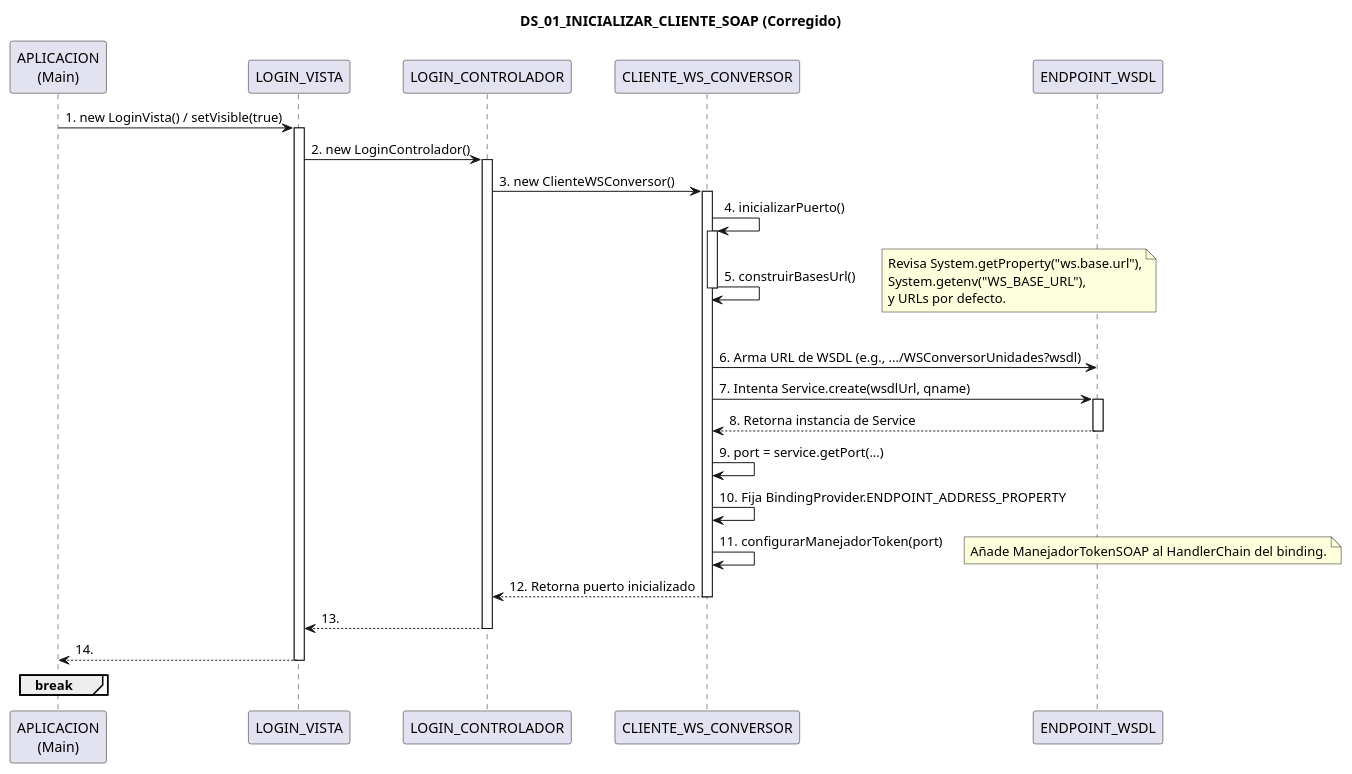
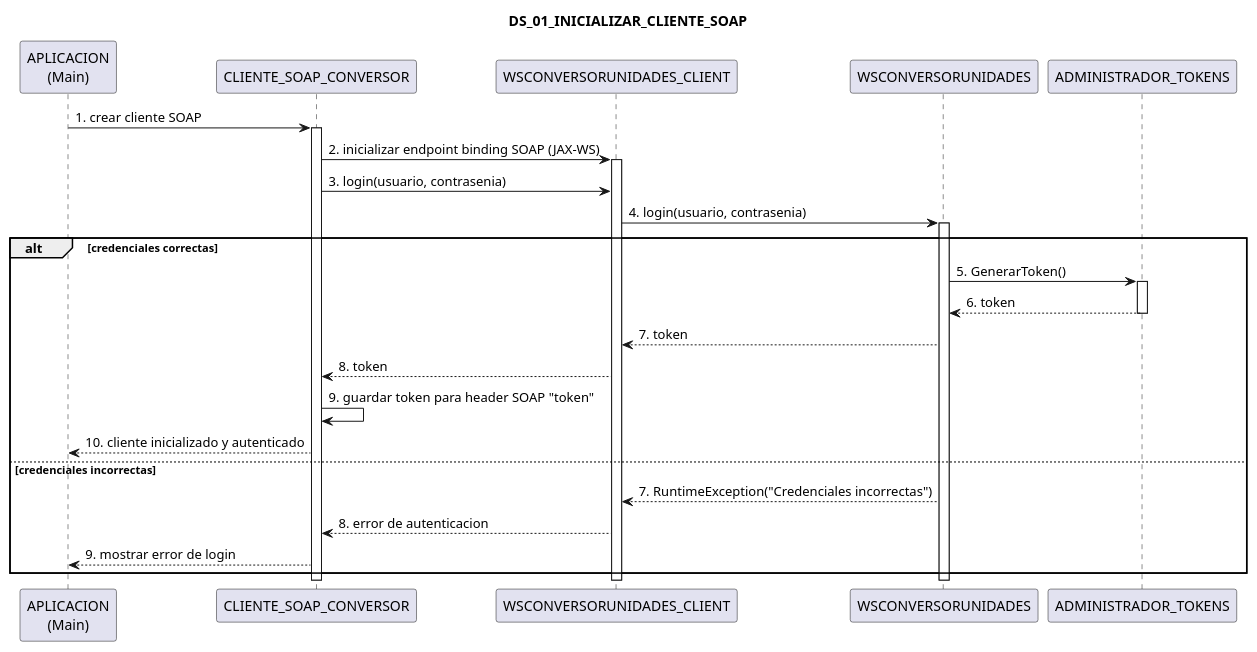
The diagram in 01. UML/03. DIAGRAMAS/03. SECUENCIA/DS_01_INICIALIZAR_CLIENTE_SOAP.puml (RubenBenavidess/WS_ConUni_Java_SOAP_GR5), drawn with PlantUML before and after one commit. The commit also changed other lines of this file and 20 other files, not shown here.

Commit message:
Actualizacion de diagramas de secuencia

```diff
--- a/01. UML/03. DIAGRAMAS/03. SECUENCIA/DS_01_INICIALIZAR_CLIENTE_SOAP.puml
+++ b/01. UML/03. DIAGRAMAS/03. SECUENCIA/DS_01_INICIALIZAR_CLIENTE_SOAP.puml
@@ -1,49 +1,40 @@
 @startuml
-title "DS_01_INICIALIZAR_CLIENTE_SOAP (Corregido)"
+title "DS_01_INICIALIZAR_CLIENTE_SOAP"
 
 participant "APLICACION\n(Main)" as Main
-participant "LOGIN_VISTA" as LoginVista
-participant "LOGIN_CONTROLADOR" as LoginControlador
-participant "CLIENTE_WS_CONVERSOR" as ClienteWS
-participant "ENDPOINT_WSDL" as WSDL
+participant "CLIENTE_SOAP_CONVERSOR" as ClienteSoap
+participant "WSCONVERSORUNIDADES_CLIENT" as ProxySoap
+participant "WSCONVERSORUNIDADES" as Servicio
+participant "ADMINISTRADOR_TOKENS" as Tokens
 
-Main -> LoginVista: 1. new LoginVista() / setVisible(true)
-activate LoginVista
+Main -> ClienteSoap: 1. crear cliente SOAP
+activate ClienteSoap
 
-LoginVista -> LoginControlador: 2. new LoginControlador()
-activate LoginControlador
+ClienteSoap -> ProxySoap: 2. inicializar endpoint binding SOAP (JAX-WS)
+activate ProxySoap
 
-LoginControlador -> ClienteWS: 3. new ClienteWSConversor()
-activate ClienteWS
+ClienteSoap -> ProxySoap: 3. login(usuario, contrasenia)
+ProxySoap -> Servicio: 4. login(usuario, contrasenia)
+activate Servicio
 
-ClienteWS -> ClienteWS: 4. inicializarPuerto()
-activate ClienteWS
+alt credenciales correctas
+	Servicio -> Tokens: 5. GenerarToken()
+	activate Tokens
+	Tokens --> Servicio: 6. token
+	deactivate Tokens
 
-ClienteWS -> ClienteWS: 5. construirBasesUrl()
-note right: Revisa System.getProperty("ws.base.url"),\nSystem.getenv("WS_BASE_URL"),\ny URLs por defecto.
-deactivate ClienteWS
-
-loop Para cada URL base candidata
-    ClienteWS -> WSDL: 6. Arma URL de WSDL (e.g., .../WSConversorUnidades?wsdl)
-    ClienteWS -> WSDL: 7. Intenta Service.create(wsdlUrl, qname)
-    activate WSDL
-    WSDL --> ClienteWS: 8. Retorna instancia de Service
-    deactivate WSDL
-    
-    ClienteWS -> ClienteWS: 9. port = service.getPort(...)
-    ClienteWS -> ClienteWS: 10. Fija BindingProvider.ENDPOINT_ADDRESS_PROPERTY
-    ClienteWS -> ClienteWS: 11. configurarManejadorToken(port)
-    note right: Añade ManejadorTokenSOAP al HandlerChain del binding.
-    
-    ClienteWS --> LoginControlador: 12. Retorna puerto inicializado
-    deactivate ClienteWS
-    
-    LoginControlador --> LoginVista: 13. 
-    deactivate LoginControlador
-    
-    LoginVista --> Main: 14. 
-    deactivate LoginVista
-    break
+	Servicio --> ProxySoap: 7. token
+	ProxySoap --> ClienteSoap: 8. token
+	ClienteSoap -> ClienteSoap: 9. guardar token para header SOAP "token"
+	ClienteSoap --> Main: 10. cliente inicializado y autenticado
+else credenciales incorrectas
+	Servicio --> ProxySoap: 7. RuntimeException("Credenciales incorrectas")
+	ProxySoap --> ClienteSoap: 8. error de autenticacion
+	ClienteSoap --> Main: 9. mostrar error de login
 end
 
+deactivate Servicio
+deactivate ProxySoap
+deactivate ClienteSoap
+
 @enduml
```
